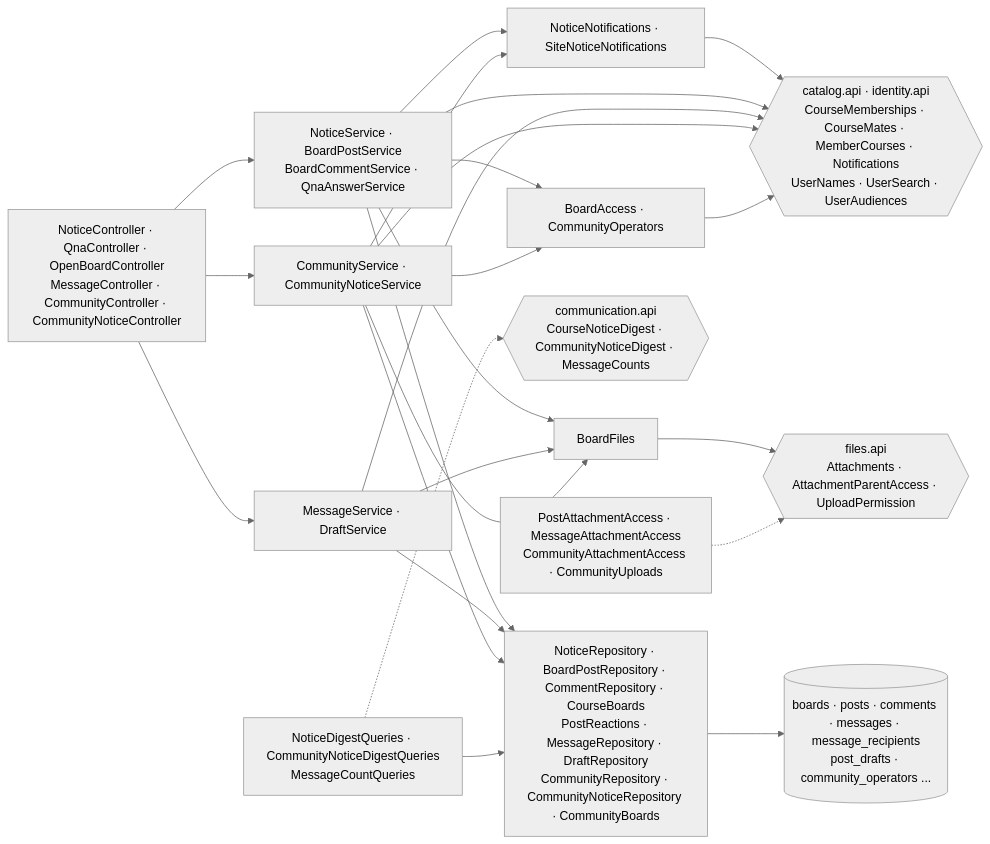
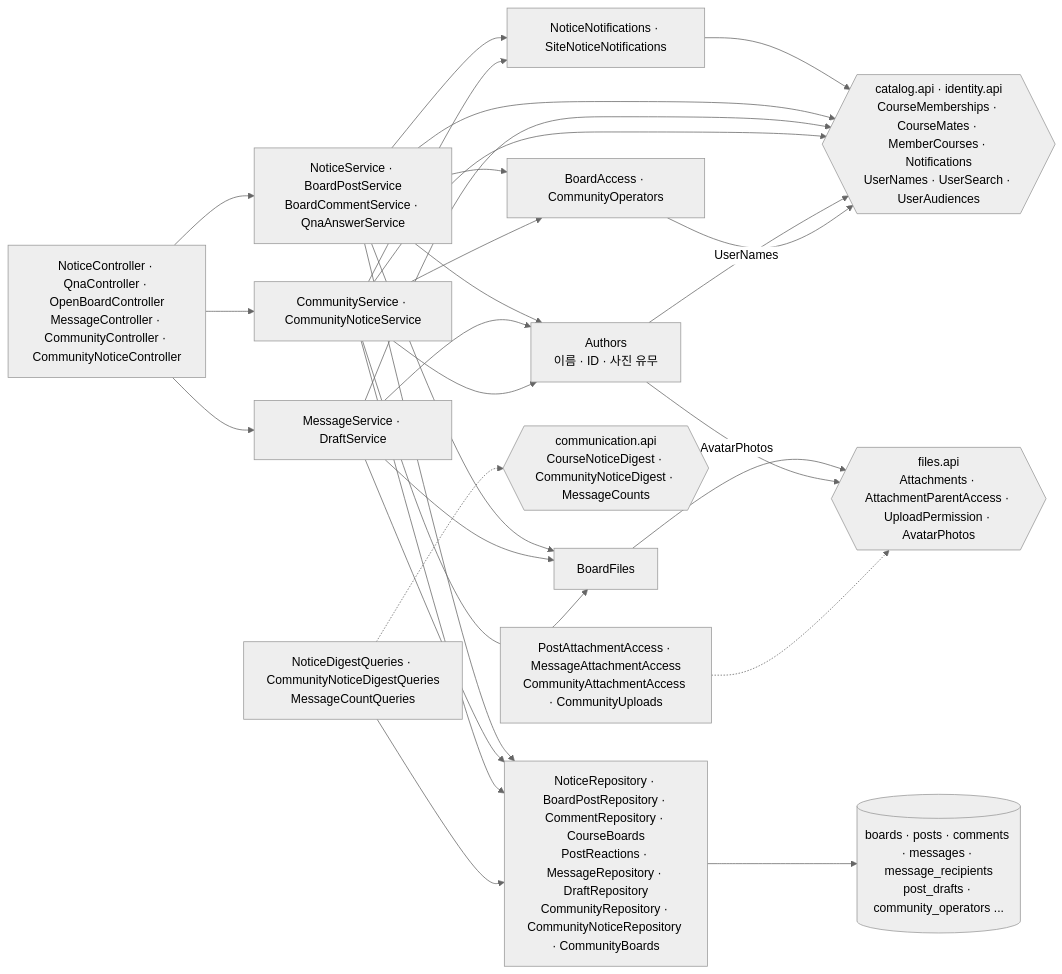
One commit to 2026ENDPoinT/team13 changed the tenth of 18 diagrams in backend/docs/c4.md. Above: the diagram before and after it, drawn with Mermaid (neutral theme). The commit also changed other lines of this file and 23 other files, not shown here.

````diff
--- a/backend/docs/c4.md
+++ b/backend/docs/c4.md
@@ -396,28 +397,32 @@
 ```mermaid
 flowchart LR
   C["NoticeController · QnaController · OpenBoardController<br/>MessageController · CommunityController · CommunityNoticeController"]
   ACC["BoardAccess · CommunityOperators"]
   SB["NoticeService · BoardPostService<br/>BoardCommentService · QnaAnswerService"]
   SM["MessageService · DraftService"]
   SC["CommunityService · CommunityNoticeService"]
   N["NoticeNotifications · SiteNoticeNotifications"]
   BF["BoardFiles"]
+  AU["Authors<br/>이름 · ID · 사진 유무"]
   R["NoticeRepository · BoardPostRepository · CommentRepository · CourseBoards<br/>PostReactions · MessageRepository · DraftRepository<br/>CommunityRepository · CommunityNoticeRepository · CommunityBoards"]
   IMPL["NoticeDigestQueries · CommunityNoticeDigestQueries<br/>MessageCountQueries"]
   PIMPL["PostAttachmentAccess · MessageAttachmentAccess<br/>CommunityAttachmentAccess · CommunityUploads"]
   API{{"communication.api<br/>CourseNoticeDigest · CommunityNoticeDigest · MessageCounts"}}
   OAPI{{"catalog.api · identity.api<br/>CourseMemberships · CourseMates · MemberCourses · Notifications<br/>UserNames · UserSearch · UserAudiences"}}
-  FAPI{{"files.api<br/>Attachments · AttachmentParentAccess · UploadPermission"}}
+  FAPI{{"files.api<br/>Attachments · AttachmentParentAccess · UploadPermission · AvatarPhotos"}}
   DB[("boards · posts · comments · messages · message_recipients<br/>post_drafts · community_operators ...")]
   C --> SB & SM & SC
   SB & SC --> ACC
   SB & SC --> N --> OAPI
   SB & SM & SC --> BF --> FAPI
   SB & SM & SC --> R
   SB & SM & SC --> OAPI
+  SB & SM & SC --> AU
+  AU -->|"UserNames"| OAPI
+  AU -->|"AvatarPhotos"| FAPI
   ACC --> OAPI
   IMPL --> R
   IMPL -.-> API
   PIMPL -.-> FAPI
   R --> DB
 ```
````
